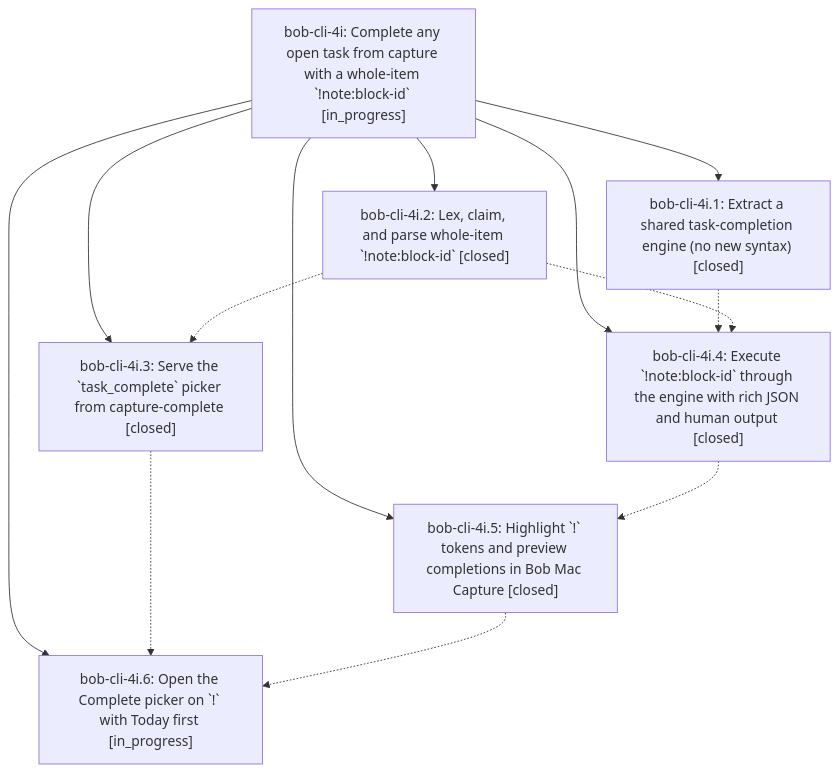
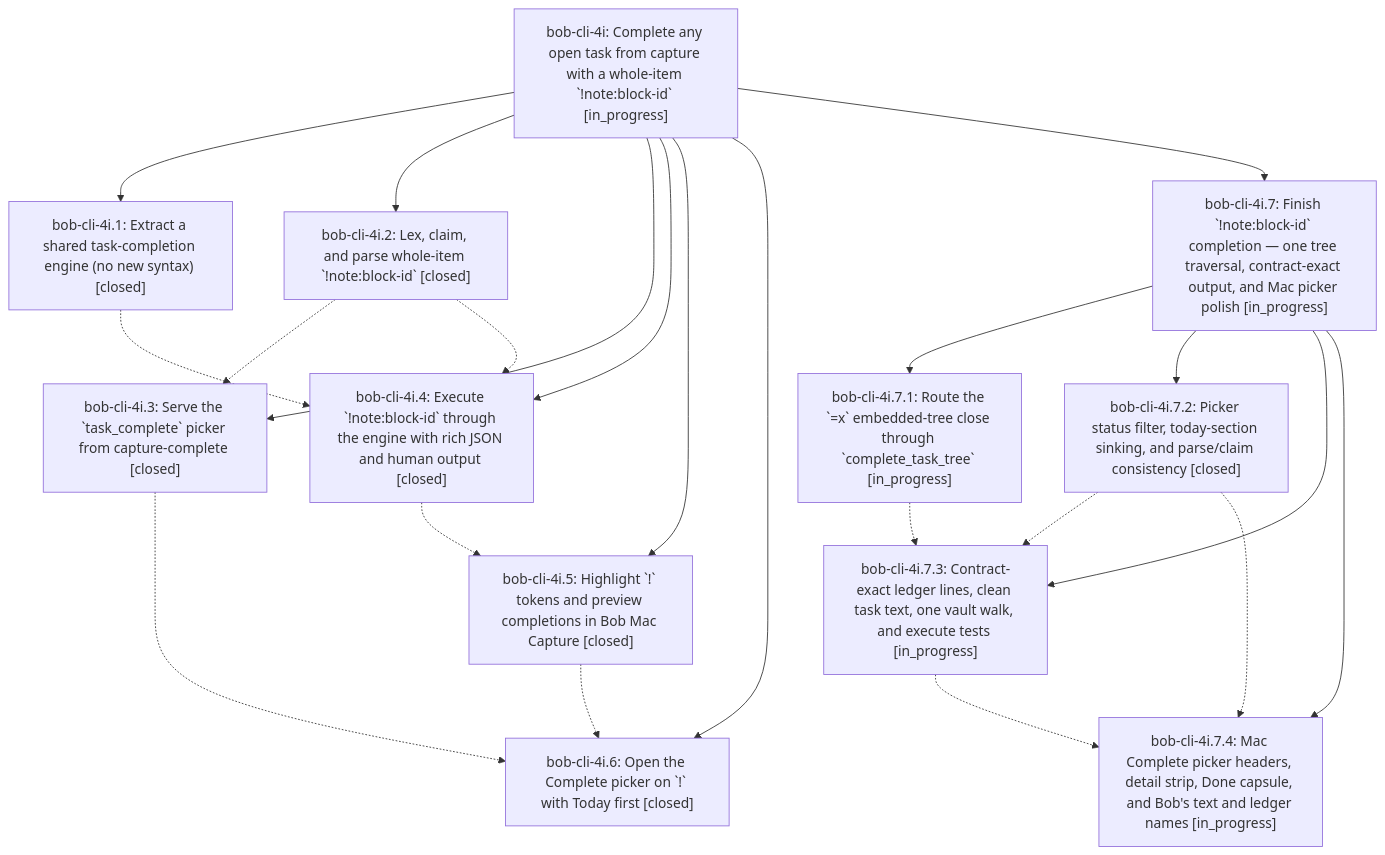
One commit to bobs-org/bob-cli--beads changed the diagram in pages/bob-cli-4i/README.md. Above: the diagram before and after it, drawn with Mermaid. The commit also changed other lines of this file and 8 other files, not shown here.

First line of the commit message:
chore(beads): sync bead state and pages for bob-cli-4i

````diff
--- a/pages/bob-cli-4i/README.md
+++ b/pages/bob-cli-4i/README.md
@@ -27,22 +33,36 @@
 ```mermaid
 flowchart TD
     n0["bob-cli-4i: Complete any open task from capture with a whole-item `!note:block-id` [in_progress]"]
     n1["bob-cli-4i.1: Extract a shared task-completion engine (no new syntax) [closed]"]
     n2["bob-cli-4i.2: Lex, claim, and parse whole-item `!note:block-id` [closed]"]
     n3["bob-cli-4i.3: Serve the `task_complete` picker from capture-complete [closed]"]
     n4["bob-cli-4i.4: Execute `!note:block-id` through the engine with rich JSON and human output [closed]"]
     n5["bob-cli-4i.5: Highlight `!` tokens and preview completions in Bob Mac Capture [closed]"]
-    n6["bob-cli-4i.6: Open the Complete picker on `!` with Today first [in_progress]"]
+    n6["bob-cli-4i.6: Open the Complete picker on `!` with Today first [closed]"]
+    n7["bob-cli-4i.7: Finish `!note:block-id` completion — one tree traversal, contract-exact output, and Mac picker polish [in_progress]"]
+    n8["bob-cli-4i.7.1: Route the `=x` embedded-tree close through `complete_task_tree` [in_progress]"]
+    n9["bob-cli-4i.7.2: Picker status filter, today-section sinking, and parse/claim consistency [closed]"]
+    n10["bob-cli-4i.7.3: Contract-exact ledger lines, clean task text, one vault walk, and execute tests [in_progress]"]
+    n11["bob-cli-4i.7.4: Mac Complete picker headers, detail strip, Done capsule, and Bob's text and ledger names [in_progress]"]
     n0 --> n1
     n0 --> n2
     n0 --> n3
     n0 --> n4
     n0 --> n5
     n0 --> n6
+    n0 --> n7
+    n7 --> n8
+    n7 --> n9
+    n7 --> n10
+    n7 --> n11
     n1 -.-> n4
     n2 -.-> n3
     n2 -.-> n4
     n3 -.-> n6
     n4 -.-> n5
     n5 -.-> n6
+    n8 -.-> n10
+    n9 -.-> n10
+    n9 -.-> n11
+    n10 -.-> n11
 ```
````
